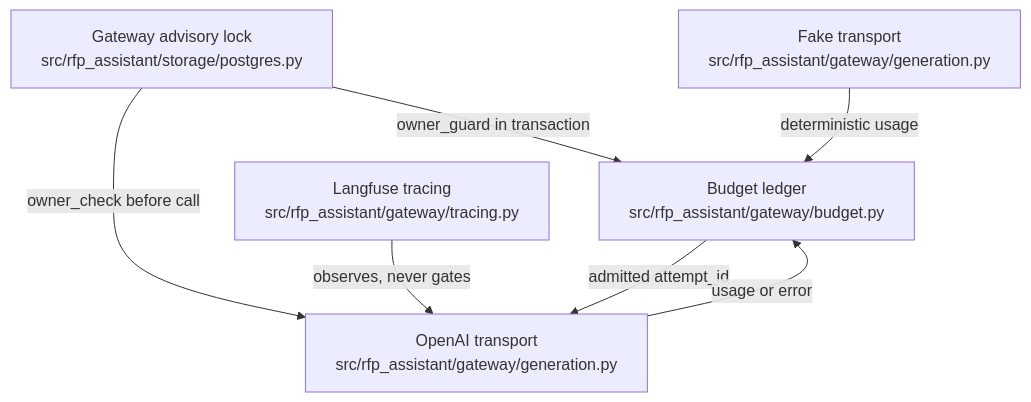
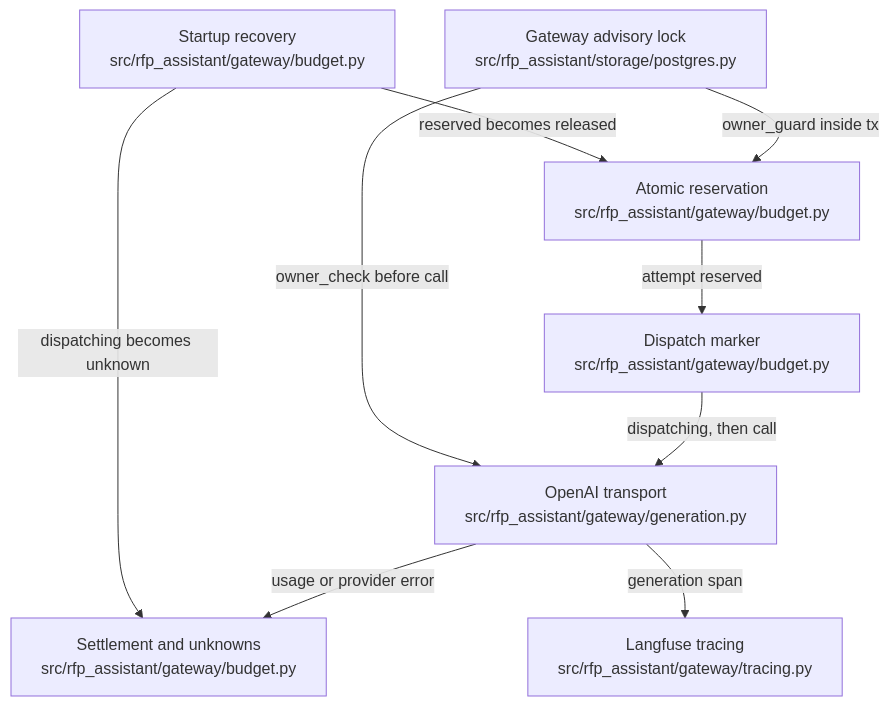
Before and after one commit to littleeeeebit/project-codeit-mid: the diagram in .omm/overall-architecture/paid-gateway/diagram.mmd, drawn with Mermaid. The commit also changed 359 other files, not shown here.

Commit message:
Refresh wiki and architecture before merge

```diff
--- a/.omm/overall-architecture/paid-gateway/diagram.mmd
+++ b/.omm/overall-architecture/paid-gateway/diagram.mmd
@@ -1,7 +1,16 @@
 graph TD
-  budget-ledger["Budget ledger\nsrc/rfp_assistant/gateway/budget.py"] -->|"admitted attempt_id"| openai-transport["OpenAI transport\nsrc/rfp_assistant/gateway/generation.py"]
-  gateway-owner["Gateway advisory lock\nsrc/rfp_assistant/storage/postgres.py"] -->|"owner_check before call"| openai-transport
-  gateway-owner -->|"owner_guard in transaction"| budget-ledger
-  openai-transport -->|"usage or error"| budget-ledger
-  fake-transport["Fake transport\nsrc/rfp_assistant/gateway/generation.py"] -->|"deterministic usage"| budget-ledger
-  langfuse-tracing["Langfuse tracing\nsrc/rfp_assistant/gateway/tracing.py"] -->|"observes, never gates"| openai-transport
+  gateway-owner["Gateway advisory lock\nsrc/rfp_assistant/storage/postgres.py"]
+  budget-ledger["Atomic reservation\nsrc/rfp_assistant/gateway/budget.py"]
+  dispatch-marker["Dispatch marker\nsrc/rfp_assistant/gateway/budget.py"]
+  provider-transport["OpenAI transport\nsrc/rfp_assistant/gateway/generation.py"]
+  settlement["Settlement and unknowns\nsrc/rfp_assistant/gateway/budget.py"]
+  startup-recovery["Startup recovery\nsrc/rfp_assistant/gateway/budget.py"]
+  langfuse-tracing["Langfuse tracing\nsrc/rfp_assistant/gateway/tracing.py"]
+  gateway-owner -->|"owner_guard inside tx"| budget-ledger
+  budget-ledger -->|"attempt reserved"| dispatch-marker
+  dispatch-marker -->|"dispatching, then call"| provider-transport
+  gateway-owner -->|"owner_check before call"| provider-transport
+  provider-transport -->|"usage or provider error"| settlement
+  provider-transport -->|"generation span"| langfuse-tracing
+  startup-recovery -->|"dispatching becomes unknown"| settlement
+  startup-recovery -->|"reserved becomes released"| budget-ledger
```
